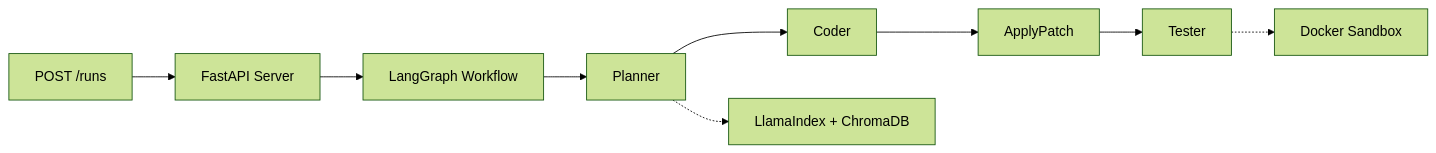
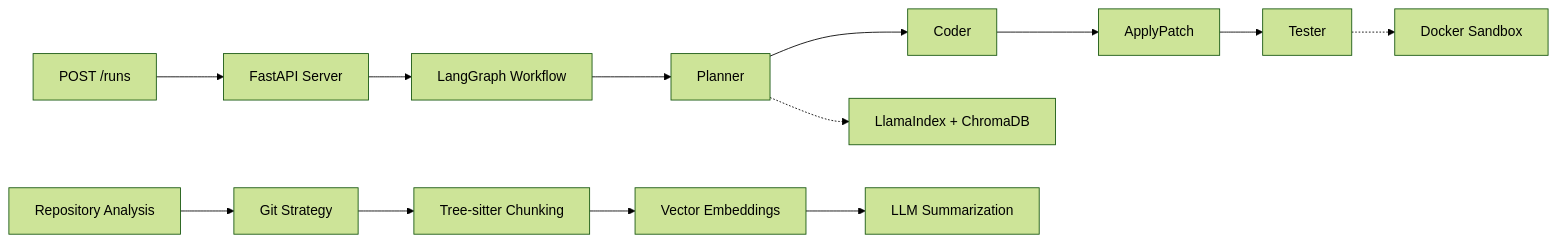
The diagram in README.md (varunbiluri/coda), drawn with Mermaid (forest theme) before and after one commit. The commit also changed other lines of this file and 20 other files, not shown here.

````diff
--- a/README.md
+++ b/README.md
@@ -220,12 +284,17 @@
 ```mermaid
 graph LR
     A[POST /runs] --> B[FastAPI Server]
     B --> C[LangGraph Workflow]
     C --> D[Planner]
     D --> E[Coder]
     E --> F[ApplyPatch]
     F --> G[Tester]
 
     D -.-> H[LlamaIndex + ChromaDB]
     G -.-> I[Docker Sandbox]
+
+    J[Repository Analysis] --> K[Git Strategy]
+    K --> L[Tree-sitter Chunking]
+    L --> M[Vector Embeddings]
+    M --> N[LLM Summarization]
 ```
````
